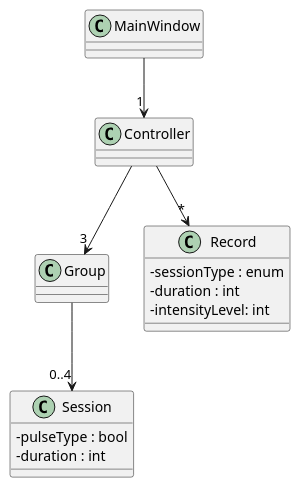
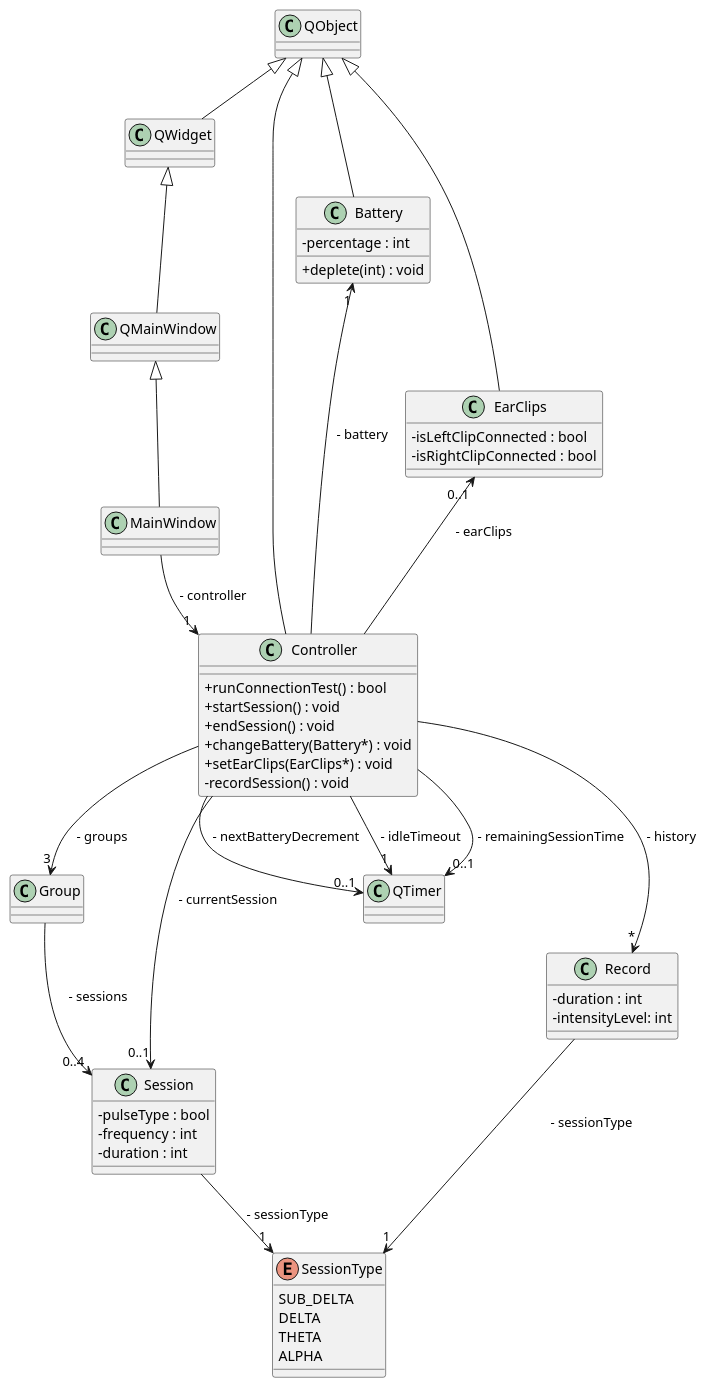
One commit to alejita11011/CES-Simulator changed the diagram in diagrams/class.plantuml. Above: the diagram before and after it, drawn with PlantUML. The commit also changed 1 other file, not shown here.

Commit message:
Add first draft of class diagram

```diff
--- a/diagrams/class.plantuml
+++ b/diagrams/class.plantuml
@@ -1,24 +1,65 @@
 @startuml oasis
 skinparam classAttributeIconSize 0
 
-Group --> "0..4" Session
-MainWindow --> "1" Controller
-Controller --> "3" Group 
-Controller --> "*" Record
-
-class Controller {
-}
+QObject <|-- QWidget
+QWidget <|-- QMainWindow
+QMainWindow <|-- MainWindow
+MainWindow --> "1" Controller : " - controller"
 class MainWindow {
 }
+
+QObject <|-- Controller
+Controller --> "3" Group : " - groups"
+Controller --> "*" Record : " - history"
+Battery "1" <-- Controller : " - battery"
+EarClips "0..1" <-- Controller : " - earClips"
+Controller --> "1" QTimer : " - idleTimeout"
+Controller --> "0..1" Session : " - currentSession"
+Controller --> "0..1" QTimer : " - remainingSessionTime"
+Controller --> "0..1" QTimer : " - nextBatteryDecrement"
+class Controller {
+  + runConnectionTest() : bool
+  + startSession() : void
+  + endSession() : void
+  + changeBattery(Battery*) : void
+  + setEarClips(EarClips*) : void
+  - recordSession() : void
+}
+
+Group --> "0..4" Session : " - sessions"
 class Group {
 }
+
+Session --> "1" SessionType : " - sessionType"
 class Session {
   - pulseType : bool 
+  - frequency : int
   - duration : int
 }
+
+Record --> "1" SessionType : " - sessionType"
 class Record {
-  - sessionType : enum
   - duration : int
   - intensityLevel: int
 }
+
+enum SessionType {
+  SUB_DELTA
+  DELTA
+  THETA
+  ALPHA
+}
+
+QObject <|-- Battery
+class Battery {
+  - percentage : int
+  + deplete(int) : void
+}
+
+QObject <|-- EarClips
+class EarClips {
+  - isLeftClipConnected : bool
+  - isRightClipConnected : bool
+}
+
 @enduml
```
